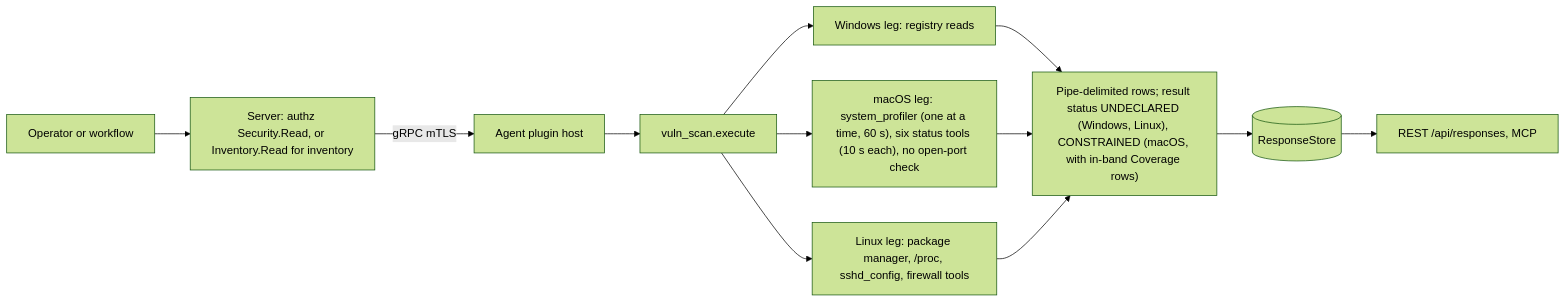
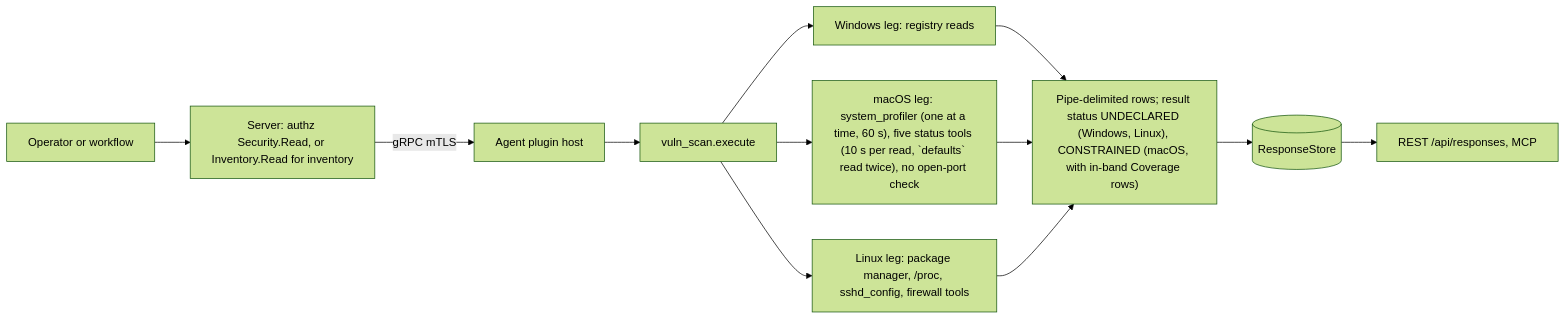
One commit to DevNullLtd/Yuzu changed the first of 3 diagrams in agents/plugins/vuln_scan/README.md. Above: the diagram before and after it, drawn with Mermaid (forest theme). The commit also changed other lines of this file and 12 other files, not shown here.

````diff
--- a/agents/plugins/vuln_scan/README.md
+++ b/agents/plugins/vuln_scan/README.md
@@ -21,12 +21,12 @@
 ```mermaid
 flowchart LR
   OP["Operator or workflow"] --> SRV["Server: authz Security.Read, or Inventory.Read for inventory"]
   SRV -- "gRPC mTLS" --> HOST["Agent plugin host"] --> EX["vuln_scan.execute"]
   EX --> WIN["Windows leg: registry reads"]
-  EX --> MAC["macOS leg: system_profiler (one at a time, 60 s), six status tools (10 s each), no open-port check"]
+  EX --> MAC["macOS leg: system_profiler (one at a time, 60 s), five status tools (10 s per read, `defaults` read twice), no open-port check"]
   EX --> LIN["Linux leg: package manager, /proc, sshd_config, firewall tools"]
   WIN --> ROWS["Pipe-delimited rows; result status UNDECLARED (Windows, Linux), CONSTRAINED (macOS, with in-band Coverage rows)"]
   MAC --> ROWS
   LIN --> ROWS
   ROWS --> RS[("ResponseStore")] --> API["REST /api/responses, MCP"]
 ```
````
